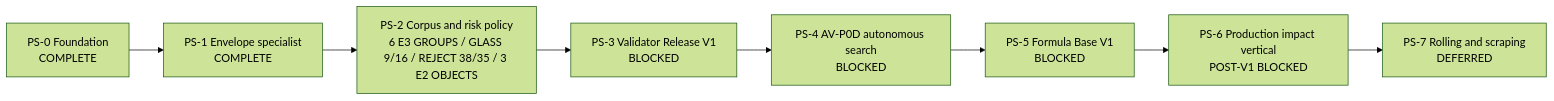
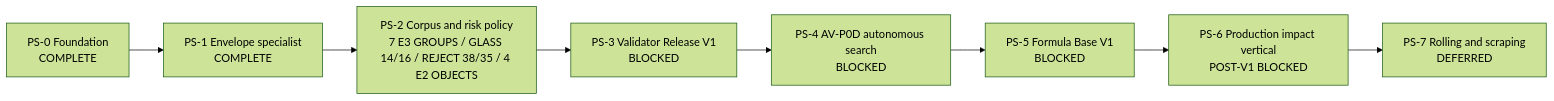
Before and after one commit to kaifaty/NextEngine: the diagram in docs/plans/physical-sound-synthesis-roadmap.md, drawn with Mermaid (forest theme). The commit also changed other lines of this file and 9 other files, not shown here.

Commit message:
feat(audio): import Kronland glass E3 objects

````diff
--- a/docs/plans/physical-sound-synthesis-roadmap.md
+++ b/docs/plans/physical-sound-synthesis-roadmap.md
@@ -94,10 +94,10 @@
 ```mermaid
 flowchart LR
     PS0["PS-0 Foundation<br/>COMPLETE"] --> PS1["PS-1 Envelope specialist<br/>COMPLETE"]
-    PS1 --> PS2["PS-2 Corpus and risk policy<br/>6 E3 GROUPS / GLASS 9/16 / REJECT 38/35 / 3 E2 OBJECTS"]
+    PS1 --> PS2["PS-2 Corpus and risk policy<br/>7 E3 GROUPS / GLASS 14/16 / REJECT 38/35 / 4 E2 OBJECTS"]
     PS2 --> PS3["PS-3 Validator Release V1<br/>BLOCKED"]
     PS3 --> PS4["PS-4 AV-P0D autonomous search<br/>BLOCKED"]
     PS4 --> PS5["PS-5 Formula Base V1<br/>BLOCKED"]
     PS5 --> PS6["PS-6 Production impact vertical<br/>POST-V1 BLOCKED"]
     PS6 --> PS7["PS-7 Rolling and scraping<br/>DEFERRED"]
 ```
````
